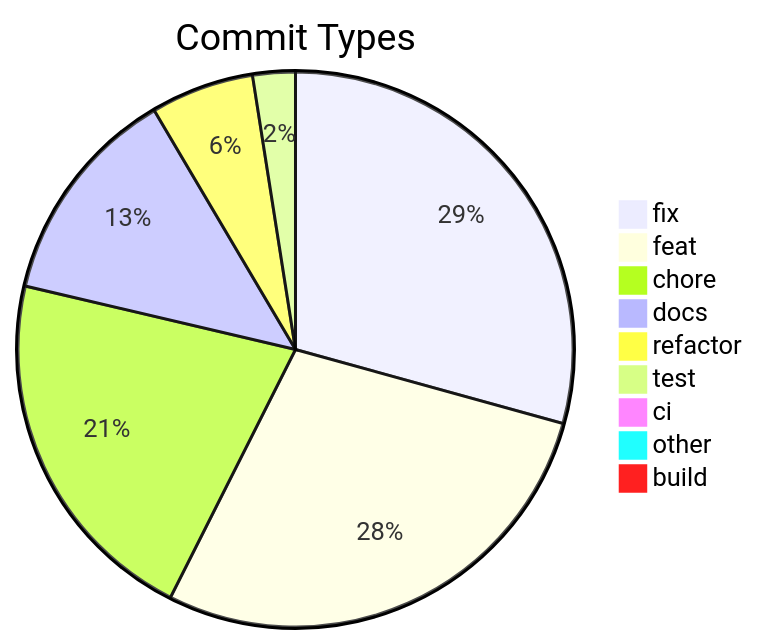
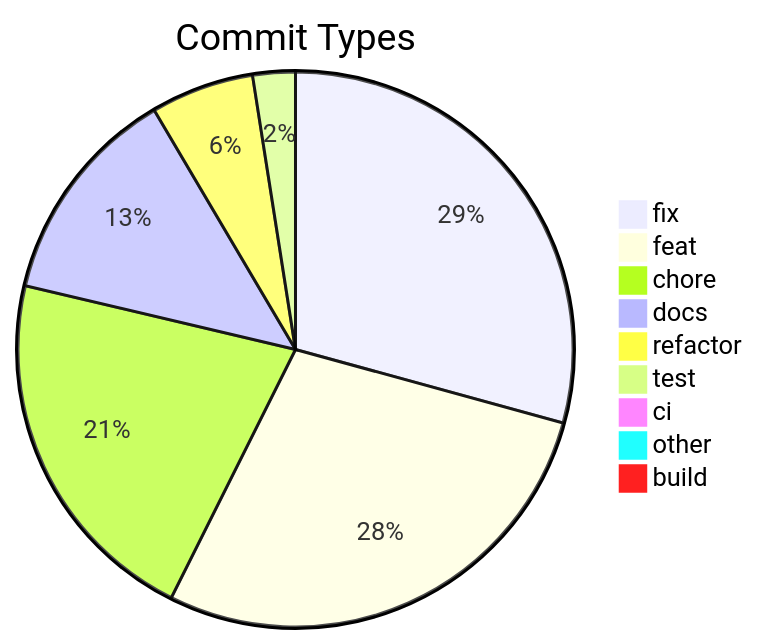
The diagram in .shipwright/compliance/change-history.md (svenroth-ai/shipwright), drawn with Mermaid before and after one commit. The commit also changed other lines of this file and 23 other files, not shown here.

````diff
--- a/.shipwright/compliance/change-history.md
+++ b/.shipwright/compliance/change-history.md
@@ -8,12 +8,12 @@
 ```mermaid
 pie title Commit Types
     "fix" : 331
     "feat" : 318
-    "chore" : 240
+    "chore" : 241
     "docs" : 145
     "refactor" : 68
     "test" : 28
     "ci" : 11
     "other" : 9
     "build" : 1
 ```
````
